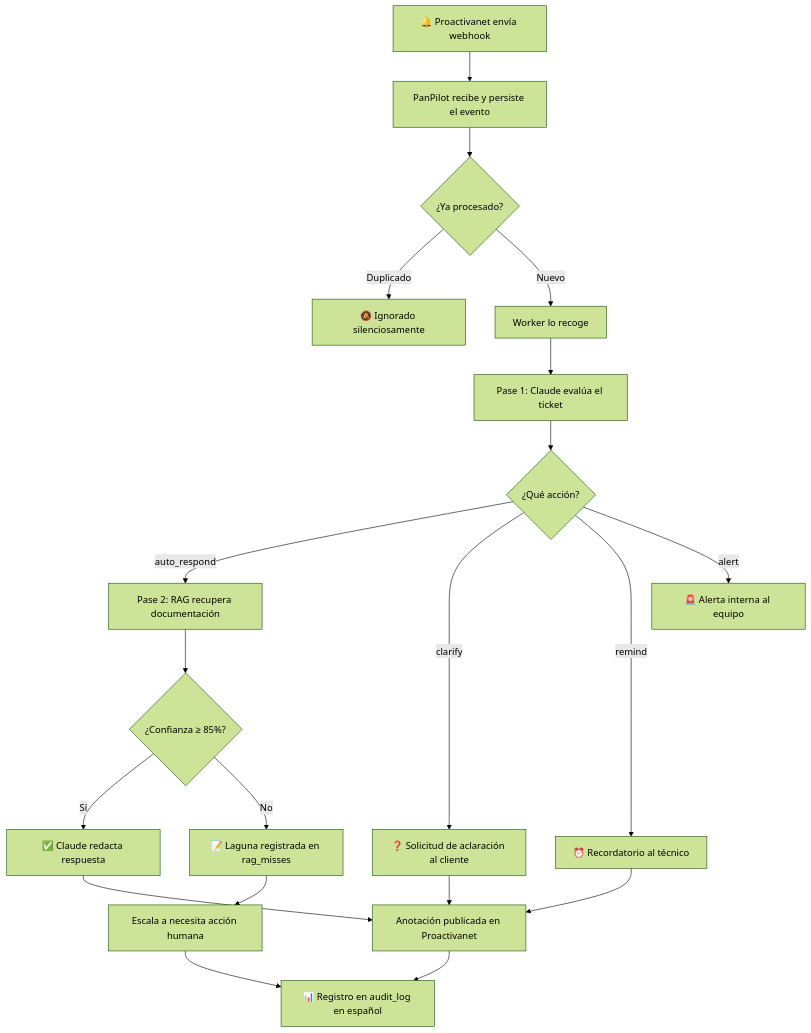
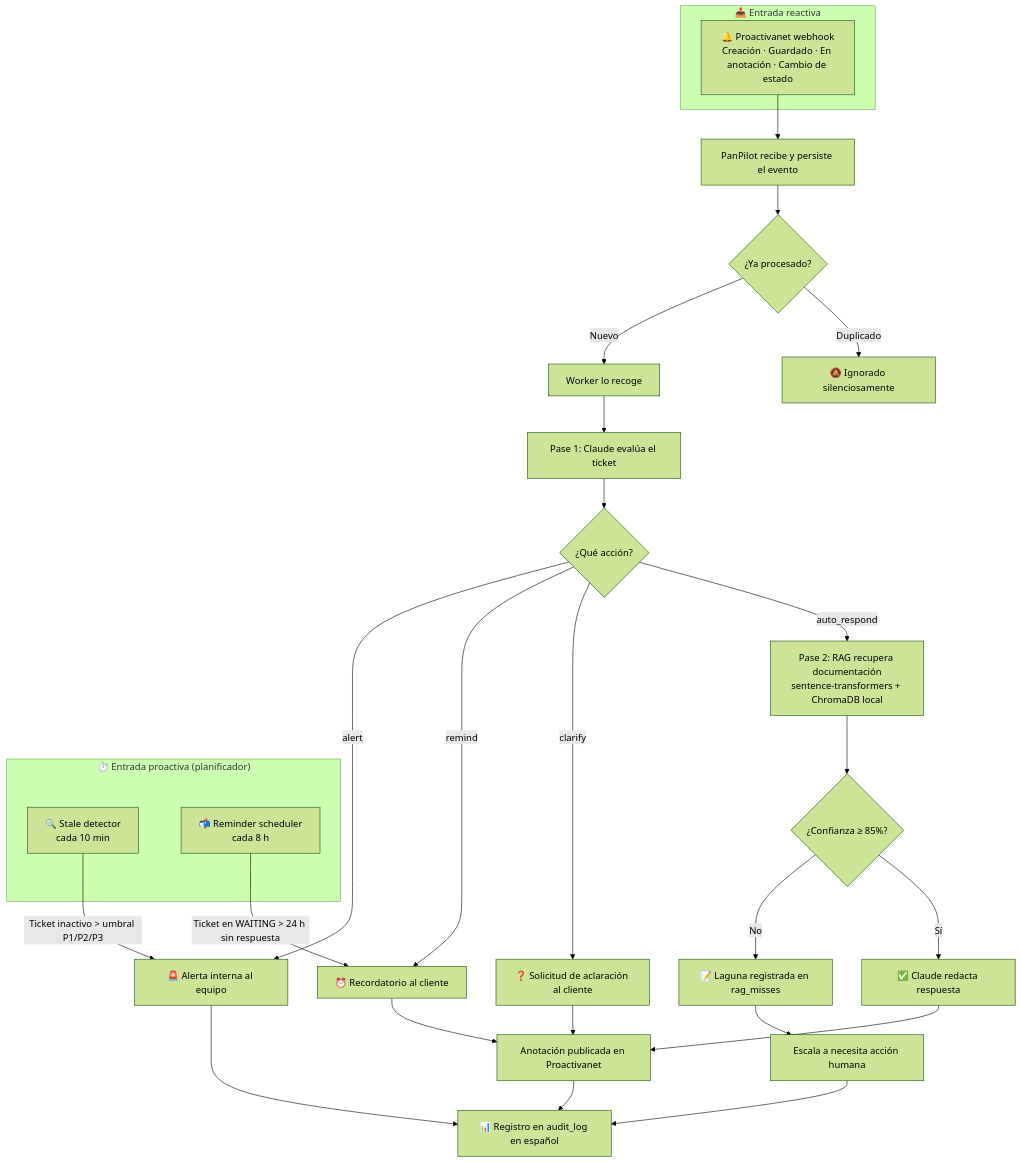
The diagram in README.md (FJCF76/panpilot), drawn with Mermaid (forest theme) before and after one commit. The commit also changed other lines of this file, not shown here.

Commit message:
docs: update README — dual entry points, scheduler details, v0.3.0
Mermaid diagram now shows both reactive (webhook) and proactive
(scheduler) entry points converging at the action layer.  Stale
detector cadence (every 10 min) and reminder scheduler cadence
(every 8h, WAITING > 24h) are explicit in the diagram nodes.

Section updates:
- H18 reminders: describes WAITING state detection + proactive
  scheduler path, not only reactive webhook
- H15 stale detection: "se ejecuta cada 10 minutos" added
- Admin panel: three-tab structure (Auditoría / Lagunas / DLQ)
  called out in the intro; Lagunas heading renamed to "Pestaña"
- Badges: version 0.2.3 → 0.3.0, tests 464 → 485
- Roadmap heading: v0.3.0 → v0.4.0 (0.3.0 shipped)

````diff
--- a/README.md
+++ b/README.md
@@ -135,27 +137,40 @@
 ```mermaid
 flowchart TD
-    A[🔔 Proactivanet envía webhook] --> B[PanPilot recibe y persiste el evento]
+    subgraph Entrada1["📥 Entrada reactiva"]
+        A1["🔔 Proactivanet webhook\nCreación · Guardado · En anotación · Cambio de estado"]
+    end
+
+    subgraph Entrada2["⏱️ Entrada proactiva (planificador)"]
+        A2S["🔍 Stale detector\ncada 10 min"]
+        A2R["📬 Reminder scheduler\ncada 8 h"]
+    end
+
+    A1 --> B[PanPilot recibe y persiste el evento]
     B --> C{¿Ya procesado?}
     C -->|Duplicado| D[🔕 Ignorado silenciosamente]
     C -->|Nuevo| E[Worker lo recoge]
 
+    A2S -->|Ticket inactivo > umbral P1/P2/P3| N[🚨 Alerta interna al equipo]
+    A2R -->|Ticket en WAITING > 24 h sin respuesta| M[⏰ Recordatorio al cliente]
+
     E --> F[Pase 1: Claude evalúa el ticket]
     F --> G{¿Qué acción?}
 
-    G -->|auto_respond| H[Pase 2: RAG recupera documentación]
+    G -->|auto_respond| H["Pase 2: RAG recupera documentación\nsentence-transformers + ChromaDB local"]
     H --> I{¿Confianza ≥ 85%?}
     I -->|Sí| J[✅ Claude redacta respuesta]
     I -->|No| K[📝 Laguna registrada en rag_misses]
 
     G -->|clarify| L[❓ Solicitud de aclaración al cliente]
-    G -->|remind| M[⏰ Recordatorio al técnico]
-    G -->|alert| N[🚨 Alerta interna al equipo]
+    G -->|remind| M
+    G -->|alert| N
 
     J --> O[Anotación publicada en Proactivanet]
     L --> O
     M --> O
     K --> P[Escala a necesita acción humana]
 
     O --> Q[📊 Registro en audit_log en español]
     P --> Q
+    N --> Q
 ```
````
